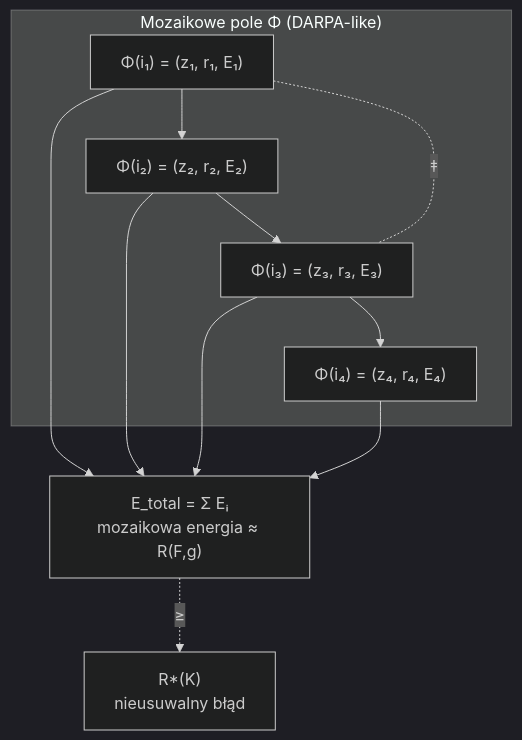
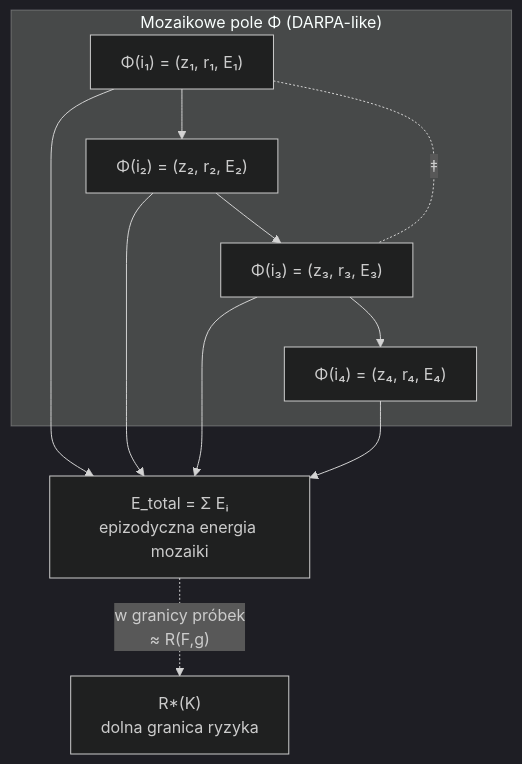
One commit to DonkeyJJLove/chunk-chunk changed the second of 2 diagrams in README.MD. Above: the diagram before and after it, drawn with Mermaid (dark theme). The commit also changed other lines of this file, not shown here.

`````diff
--- a/README.MD
+++ b/README.MD
@@ -321,24 +415,23 @@
 ```mermaid
 flowchart TD
 
     subgraph Mosaik["Mozaikowe pole Φ (DARPA-like)"]
         Phi1["Φ(i₁) = (z₁, r₁, E₁)"]
         Phi2["Φ(i₂) = (z₂, r₂, E₂)"]
         Phi3["Φ(i₃) = (z₃, r₃, E₃)"]
         Phi4["Φ(i₄) = (z₄, r₄, E₄)"]
 
         Phi1 --> Phi2 --> Phi3 --> Phi4
         Phi1 -. "‡" .- Phi3
     end
 
-    Etot["E_total = Σ Eᵢ<br/>mozaikowa energia ≈ R(F,g)"]
-    Rstar["R*(K)<br/>nieusuwalny błąd"]
+    Etot["E_total = Σ Eᵢ<br/>epizodyczna energia mozaiki"]
+    Rstar["R*(K)<br/>dolna granica ryzyka"]
 
     Phi1 & Phi2 & Phi3 & Phi4 --> Etot
-    Etot -. "≥" .-> Rstar
+    Etot -. "w granicy próbek<br/>≈ R(F,g)" .-> Rstar
 
-    %% Komentarz zamiast notek:
     %% Phi1 – lokalne decyzje [chunk–chunk→] na trajektorii S
     %% Phi3 – miejsce, gdzie „‡” działa jako Próg–Przejście (zmiana reżimu / ważenia [x9D])
 
-```
+````
`````
